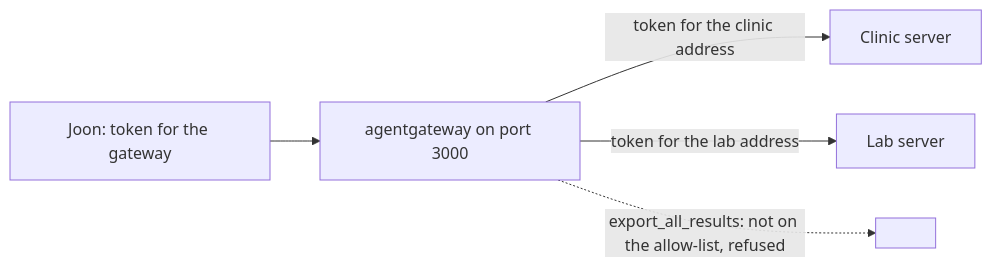
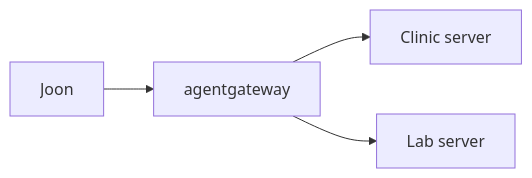
One commit to learnwithparam/mcp-workshop changed the diagram in parts/06-route-tool-calls-through-agentgateway/01-put-servers-behind-agentgateway/problem/README.md. Above: the diagram before and after it, drawn with Mermaid. The commit also changed other lines of this file and 153 other files, not shown here.

````diff
--- a/parts/06-route-tool-calls-through-agentgateway/01-put-servers-behind-agentgateway/problem/README.md
+++ b/parts/06-route-tool-calls-through-agentgateway/01-put-servers-behind-agentgateway/problem/README.md
@@ -15,7 +7,5 @@
 ```mermaid
 flowchart LR
-  J[Joon: token for the gateway] --> G[agentgateway on port 3000]
-  G -- "token for the clinic address" --> C[Clinic server]
-  G -- "token for the lab address" --> L[Lab server]
-  G -. "export_all_results: not on the allow-list, refused" .-> X[ ]
+  J[Joon] --> G[agentgateway] --> C[Clinic server]
+  G --> L[Lab server]
 ```
````
